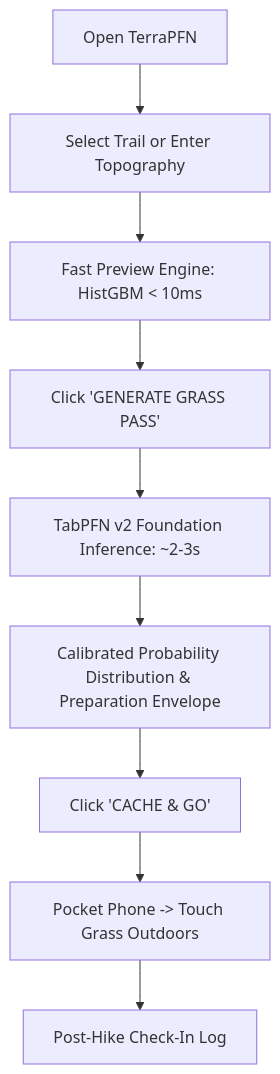
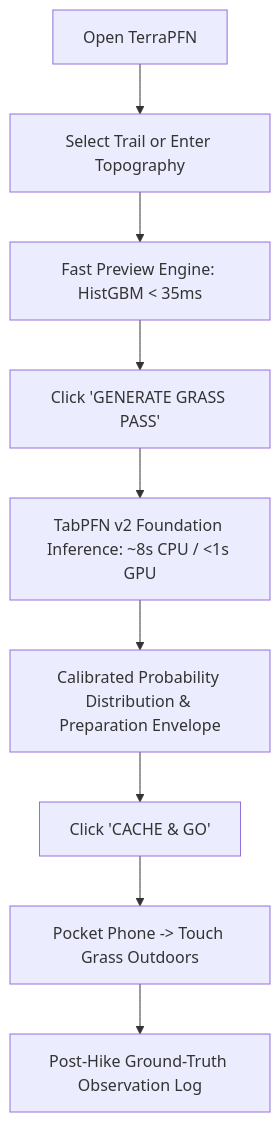
One commit to Aryanxp1/terrapfn changed the diagram in README.md. Above: the diagram before and after it, drawn with Mermaid. The commit also changed other lines of this file and 5 other files, not shown here.

````diff
--- a/README.md
+++ b/README.md
@@ -24,11 +35,11 @@
 ```mermaid
 flowchart TD
     A[Open TerraPFN] --> B[Select Trail or Enter Topography]
-    B --> C[Fast Preview Engine: HistGBM < 10ms]
+    B --> C[Fast Preview Engine: HistGBM < 35ms]
     C --> D[Click 'GENERATE GRASS PASS']
-    D --> E[TabPFN v2 Foundation Inference: ~2-3s]
+    D --> E[TabPFN v2 Foundation Inference: ~8s CPU / <1s GPU]
     E --> F[Calibrated Probability Distribution & Preparation Envelope]
     F --> G[Click 'CACHE & GO']
     G --> H[Pocket Phone -> Touch Grass Outdoors]
-    H --> I[Post-Hike Check-In Log]
+    H --> I[Post-Hike Ground-Truth Observation Log]
 ```
````
